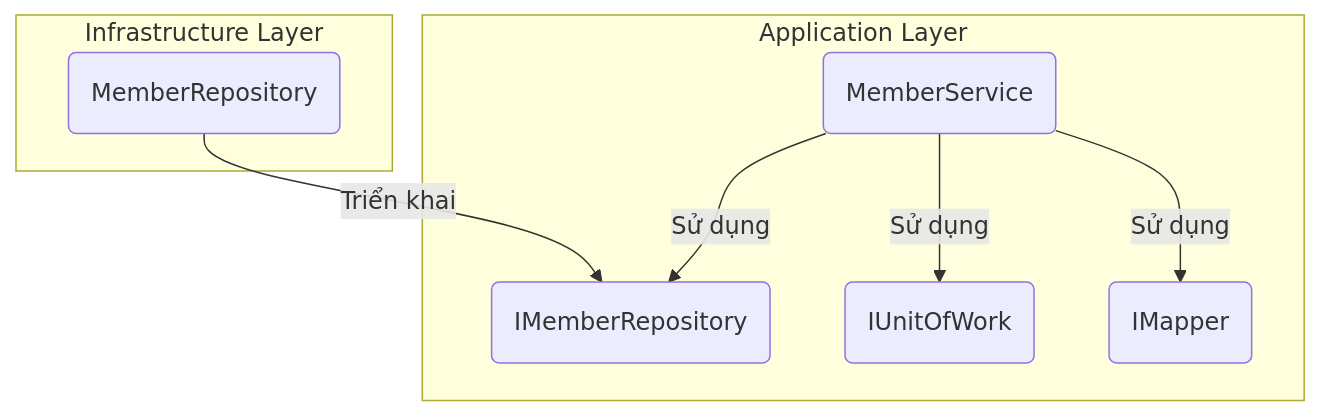
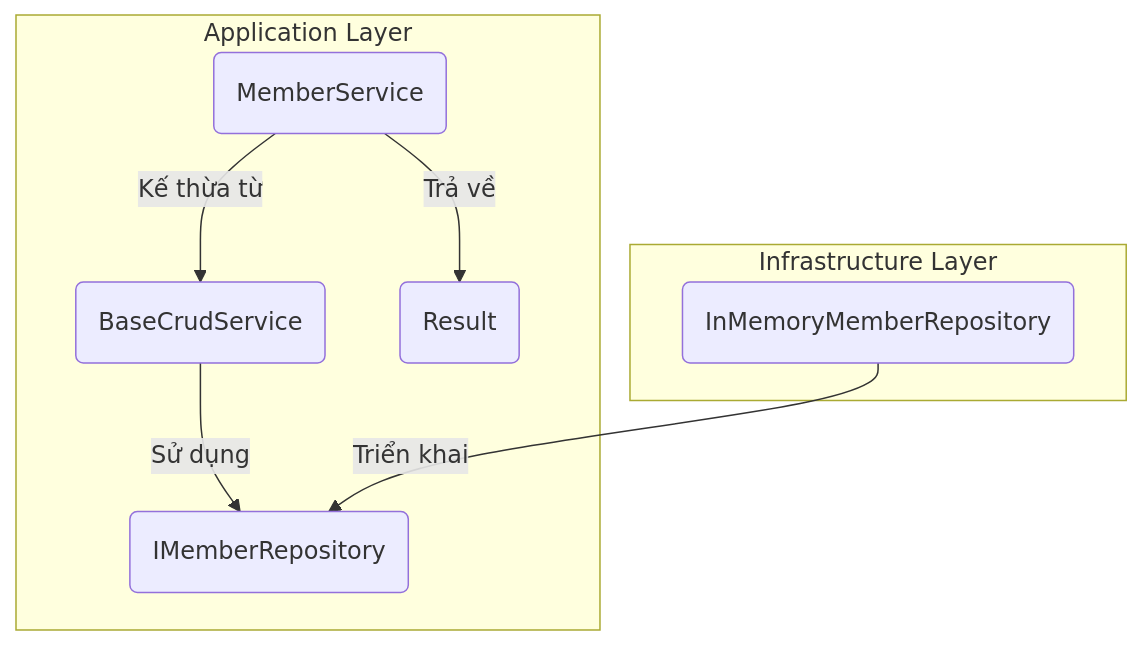
One commit to hkthao/family-tree-3 changed the fourth of 5 diagrams in docs/engineering/architecture.md. Above: the diagram before and after it, drawn with Mermaid. The commit also changed other lines of this file and 2 other files, not shown here.

First line of the commit message:
docs(backend): Update documentation for Result pattern, service refactoring, and Member relationships.

````diff
--- a/docs/engineering/architecture.md
+++ b/docs/engineering/architecture.md
@@ -74,12 +74,12 @@
 ```mermaid
 graph TD
     subgraph "Application Layer"
-        A(MemberService) -->|Sử dụng| B(IMemberRepository)
-        A -->|Sử dụng| C(IUnitOfWork)
-        A -->|Sử dụng| D(IMapper)
+        A(MemberService) -->|Kế thừa từ| B(BaseCrudService)
+        B -->|Sử dụng| C(IMemberRepository)
+        A -->|Trả về| D(Result<Member>)
     end
 
     subgraph "Infrastructure Layer"
-        E(MemberRepository) -->|Triển khai| B
+        E(InMemoryMemberRepository) -->|Triển khai| C
     end
 ```
````
